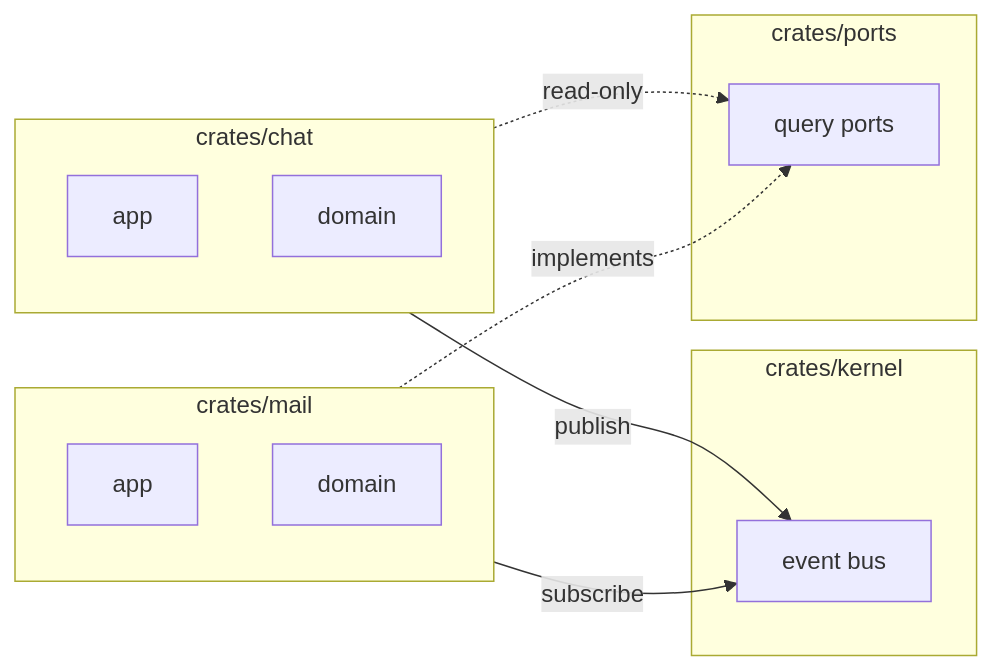
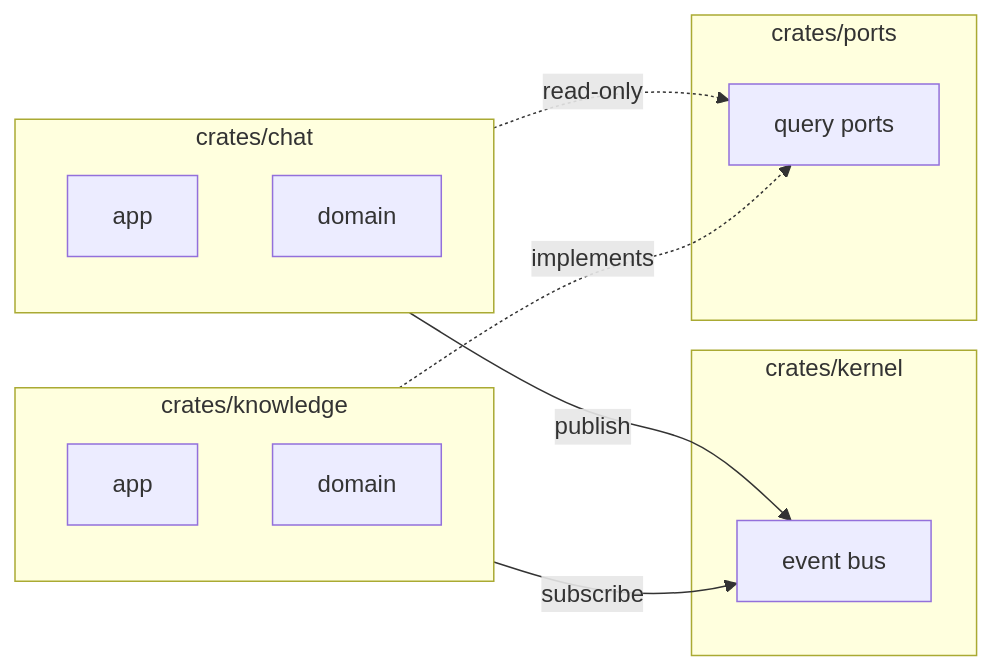
The diagram in skills/opendesk/architecture/feature-boundary.md (kingning2/OpenDesk), drawn with Mermaid before and after one commit. The commit also changed other lines of this file and 441 other files, not shown here.

````diff
--- a/skills/opendesk/architecture/feature-boundary.md
+++ b/skills/opendesk/architecture/feature-boundary.md
@@ -13,25 +13,25 @@
 ```mermaid
 flowchart LR
     subgraph chat_crate["crates/chat"]
         C_APP[app]
         C_DOM[domain]
     end
 
-    subgraph mail_crate["crates/mail"]
-        M_APP[app]
-        M_DOM[domain]
+    subgraph knowledge_crate["crates/knowledge"]
+        K_APP[app]
+        K_DOM[domain]
     end
 
     subgraph kernel["crates/kernel"]
         EB[event bus]
     end
 
     subgraph ports["crates/ports"]
         QP[query ports]
     end
 
     chat_crate -->|publish| EB
-    mail_crate -->|subscribe| EB
+    knowledge_crate -->|subscribe| EB
     chat_crate -.->|read-only| QP
-    mail_crate -.->|implements| QP
+    knowledge_crate -.->|implements| QP
 ```
````
